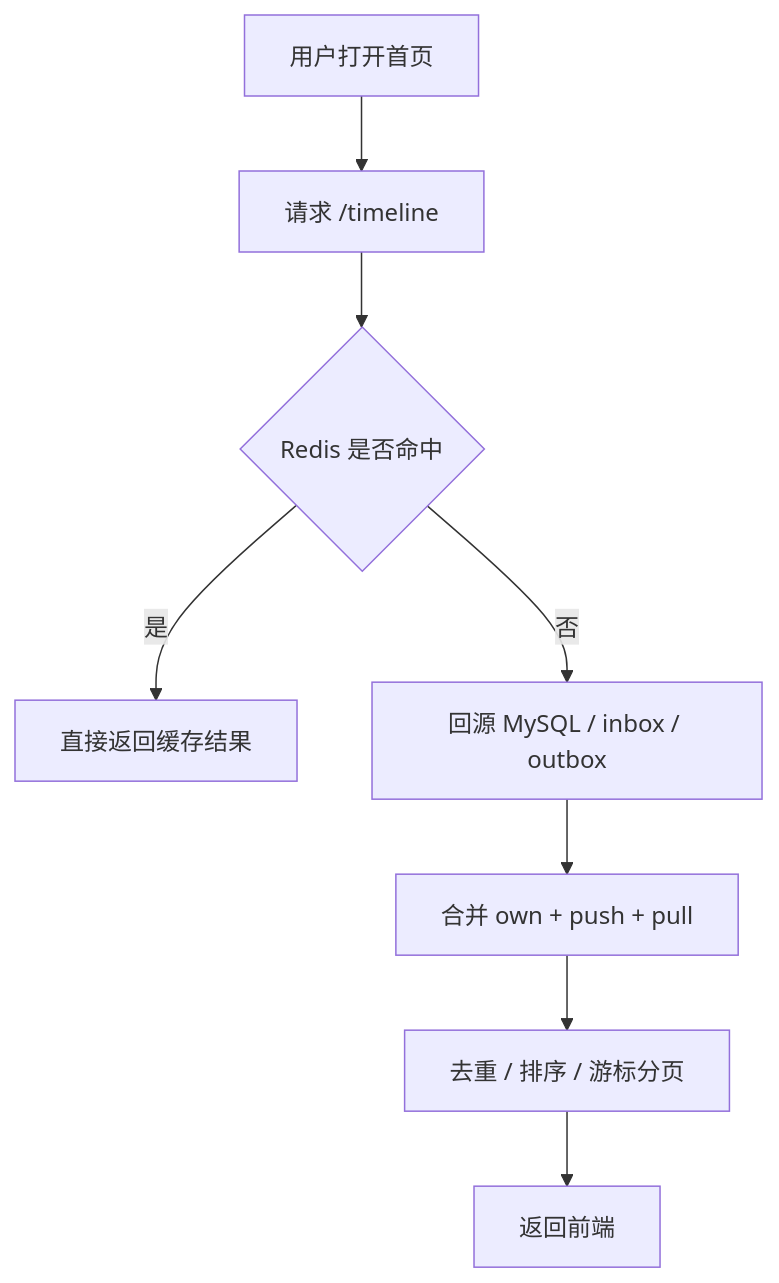
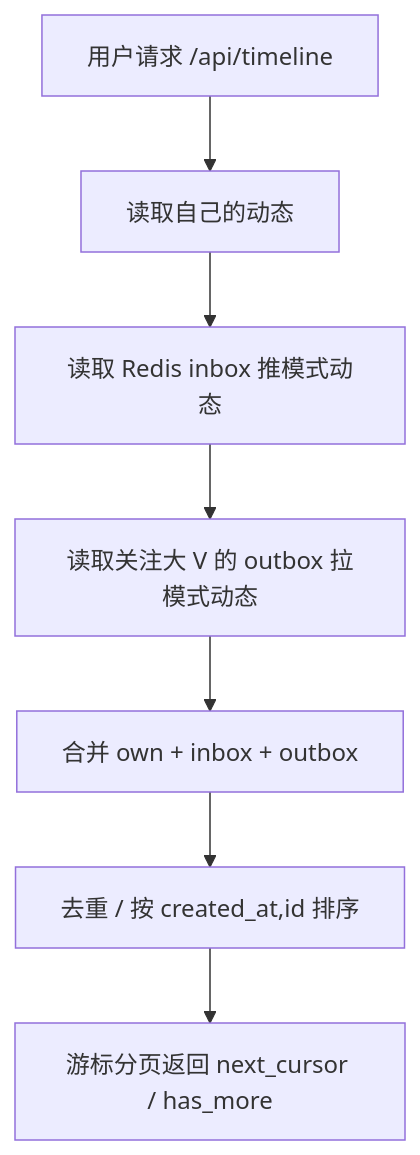
The third of 6 diagrams in README.md (hzEnv71/feedlink), drawn with Mermaid before and after one commit. The commit also changed other lines of this file and 36 other files, not shown here.

````diff
--- a/README.md
+++ b/README.md
@@ -84,10 +111,9 @@
 ```mermaid
 flowchart TD
-    A[用户打开首页] --> B[请求 /timeline]
-    B --> C{Redis 是否命中}
-    C -- 是 --> D[直接返回缓存结果]
-    C -- 否 --> E[回源 MySQL / inbox / outbox]
-    E --> F[合并 own + push + pull]
-    F --> G[去重 / 排序 / 游标分页]
-    G --> H[返回前端]
+    A[用户请求 /api/timeline] --> B[读取自己的动态]
+    B --> C[读取 Redis inbox 推模式动态]
+    C --> D[读取关注大 V 的 outbox 拉模式动态]
+    D --> E[合并 own + inbox + outbox]
+    E --> F[去重 / 按 created_at,id 排序]
+    F --> G[游标分页返回 next_cursor / has_more]
 ```
````
